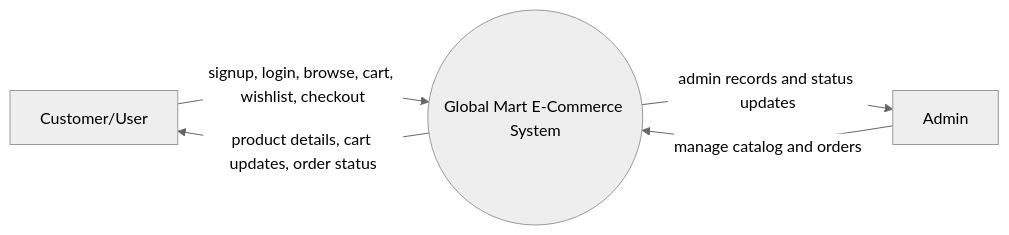
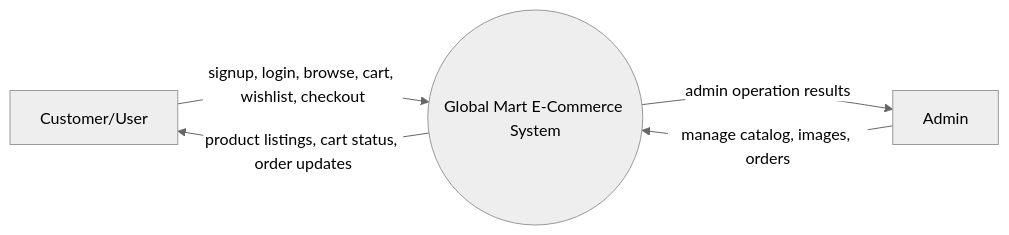
One commit to Bhudev-cmd/Global_Mart changed the diagram in docs/diagrams/DFD_Level_0.mmd. Above: the diagram before and after it, drawn with Mermaid (neutral theme). The commit also changed 16 other files, not shown here.

Commit message:
Rebuild DFD levels 0-5 and add HD diagram exports

```diff
--- a/docs/diagrams/DFD_Level_0.mmd
+++ b/docs/diagrams/DFD_Level_0.mmd
@@ -1,10 +1,10 @@
 flowchart LR
     U[Customer/User]
     A[Admin]
     S((Global Mart E-Commerce System))
 
     U -->|signup, login, browse, cart, wishlist, checkout| S
-    S -->|product details, cart updates, order status| U
+    S -->|product listings, cart status, order updates| U
 
-    A -->|manage catalog and orders| S
-    S -->|admin records and status updates| A
+    A -->|manage catalog, images, orders| S
+    S -->|admin operation results| A
```
